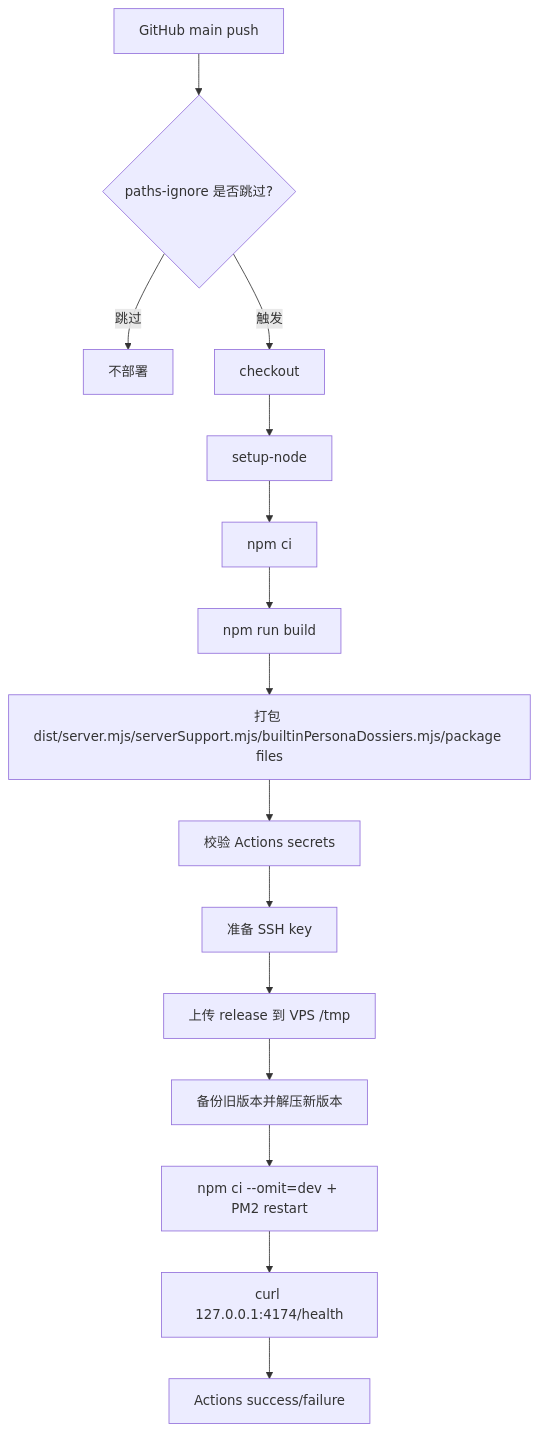
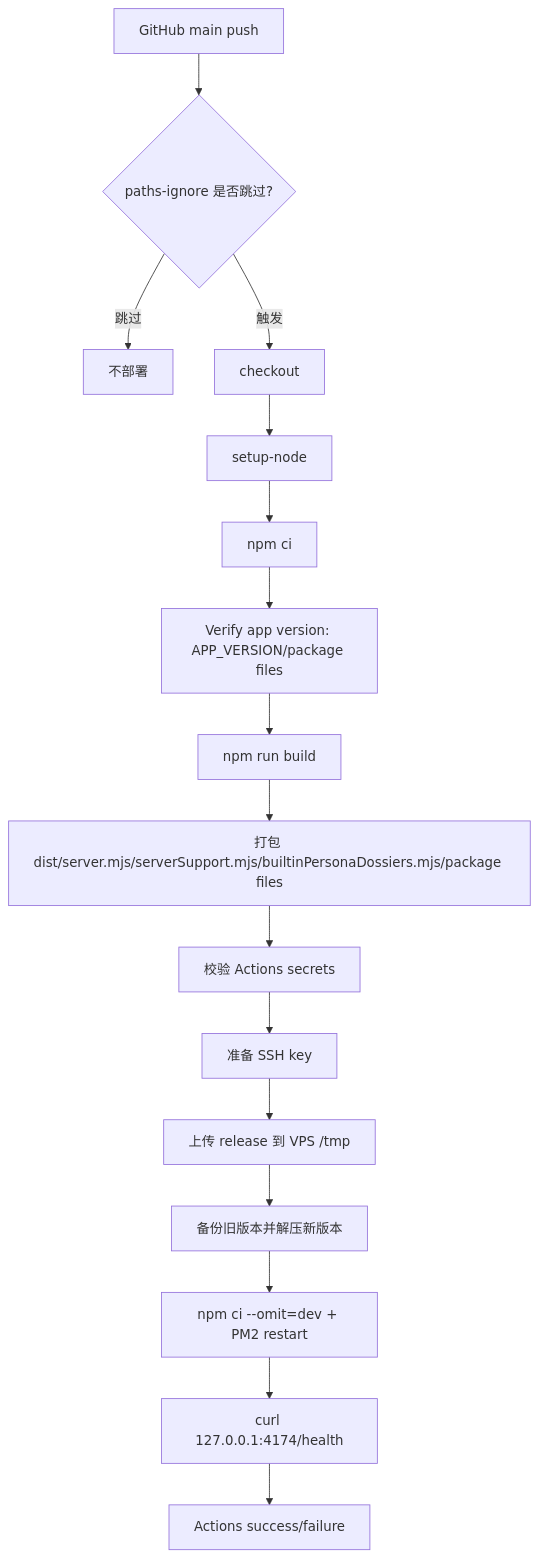
Before and after one commit to ttmanthatman/virtual-human-flow: diagram 28 of 30 in docs/SYSTEM_FLOW.md, drawn with Mermaid. The commit also changed other lines of this file and 6 other files, not shown here.

Commit message:
Bump app version to 0.2.0

````diff
--- a/docs/SYSTEM_FLOW.md
+++ b/docs/SYSTEM_FLOW.md
@@ -616,17 +617,18 @@
 ```mermaid
 flowchart TD
     PUSH["GitHub main push"] --> FILTER{"paths-ignore 是否跳过?"}
     FILTER -- "跳过" --> END["不部署"]
     FILTER -- "触发" --> CHECKOUT["checkout"]
     CHECKOUT --> NODE["setup-node"]
     NODE --> INSTALL["npm ci"]
-    INSTALL --> BUILD["npm run build"]
+    INSTALL --> VERSION["Verify app version: APP_VERSION/package files"]
+    VERSION --> BUILD["npm run build"]
     BUILD --> PACKAGE["打包 dist/server.mjs/serverSupport.mjs/builtinPersonaDossiers.mjs/package files"]
     PACKAGE --> SECRETS["校验 Actions secrets"]
     SECRETS --> SSH["准备 SSH key"]
     SSH --> UPLOAD["上传 release 到 VPS /tmp"]
     UPLOAD --> ACTIVATE["备份旧版本并解压新版本"]
     ACTIVATE --> PM2["npm ci --omit=dev + PM2 restart"]
     PM2 --> HEALTH["curl 127.0.0.1:4174/health"]
     HEALTH --> RESULT["Actions success/failure"]
 ```
````
